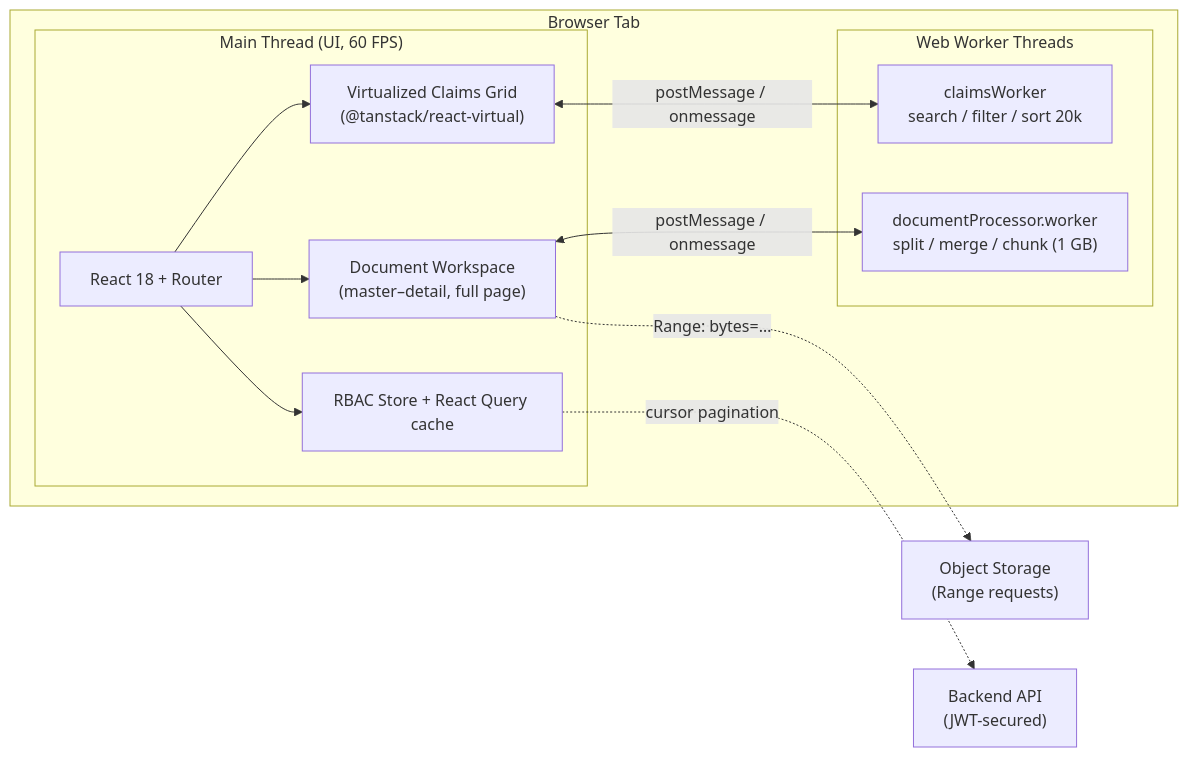
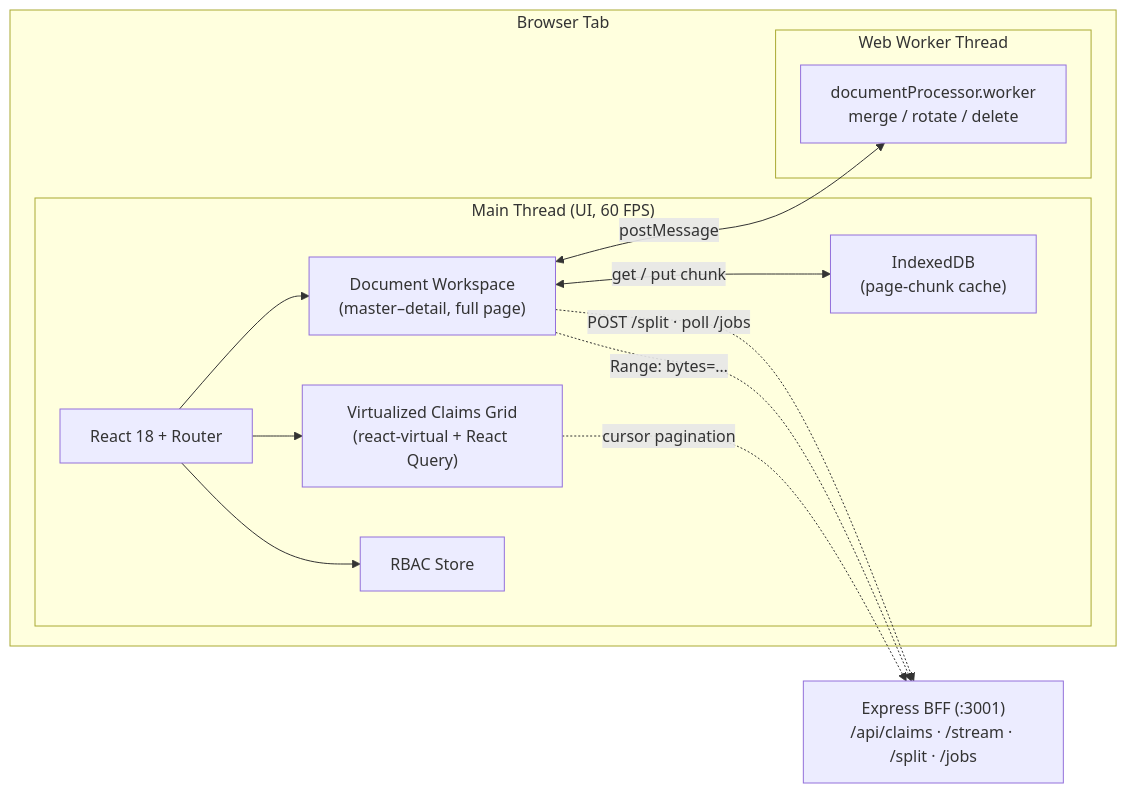
One commit to sivaramakrishnatumma/abc-insurance-claims changed the first of 5 diagrams in docs/architecture.md. Above: the diagram before and after it, drawn with Mermaid. The commit also changed other lines of this file and 19 other files, not shown here.

First line of the commit message:
feat: implement claims management API with pagination, sorting, and searching

````diff
--- a/docs/architecture.md
+++ b/docs/architecture.md
@@ -13,26 +13,26 @@
 ```mermaid
 flowchart LR
   subgraph Browser["Browser Tab"]
     subgraph Main["Main Thread (UI, 60 FPS)"]
       UI["React 18 + Router"]
-      Grid["Virtualized Claims Grid<br/>(@tanstack/react-virtual)"]
+      Grid["Virtualized Claims Grid<br/>(react-virtual + React Query)"]
       WS["Document Workspace<br/>(master–detail, full page)"]
-      Store["RBAC Store + React Query cache"]
+      Store["RBAC Store"]
+      IDB["IndexedDB<br/>(page-chunk cache)"]
     end
-    subgraph Workers["Web Worker Threads"]
-      W1["claimsWorker<br/>search / filter / sort 20k"]
-      W2["documentProcessor.worker<br/>split / merge / chunk (1 GB)"]
+    subgraph Workers["Web Worker Thread"]
+      W2["documentProcessor.worker<br/>merge / rotate / delete"]
     end
   end
 
-  API["Backend API<br/>(JWT-secured)"]
-  Blob["Object Storage<br/>(Range requests)"]
+  BFF["Express BFF (:3001)<br/>/api/claims · /stream · /split · /jobs"]
 
   UI --> Grid
   UI --> WS
   UI --> Store
-  Grid <-->|postMessage / onmessage| W1
-  WS <-->|postMessage / onmessage| W2
-  Store -.->|cursor pagination| API
-  WS -.->|Range: bytes=…| Blob
+  Grid -.->|cursor pagination| BFF
+  WS <-->|postMessage| W2
+  WS <-->|get / put chunk| IDB
+  WS -.->|Range: bytes=…| BFF
+  WS -.->|POST /split · poll /jobs| BFF
 ```
````
